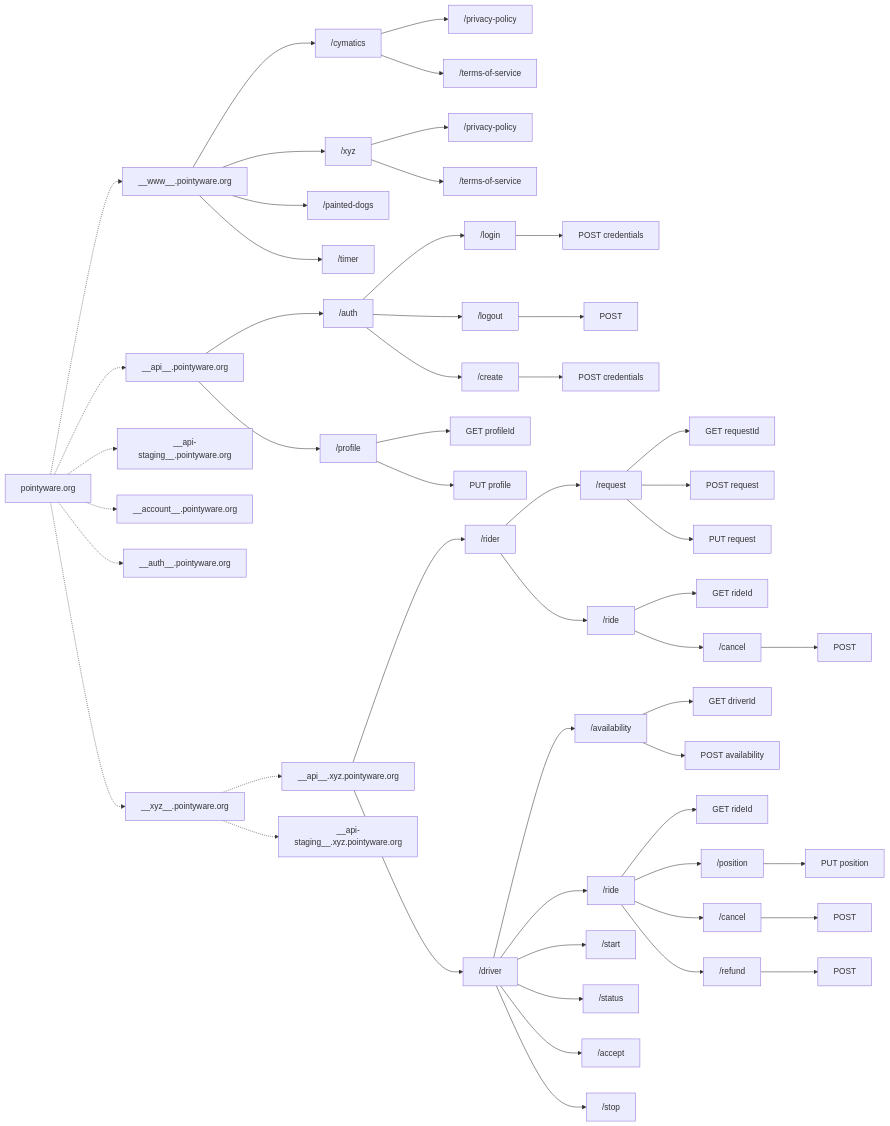
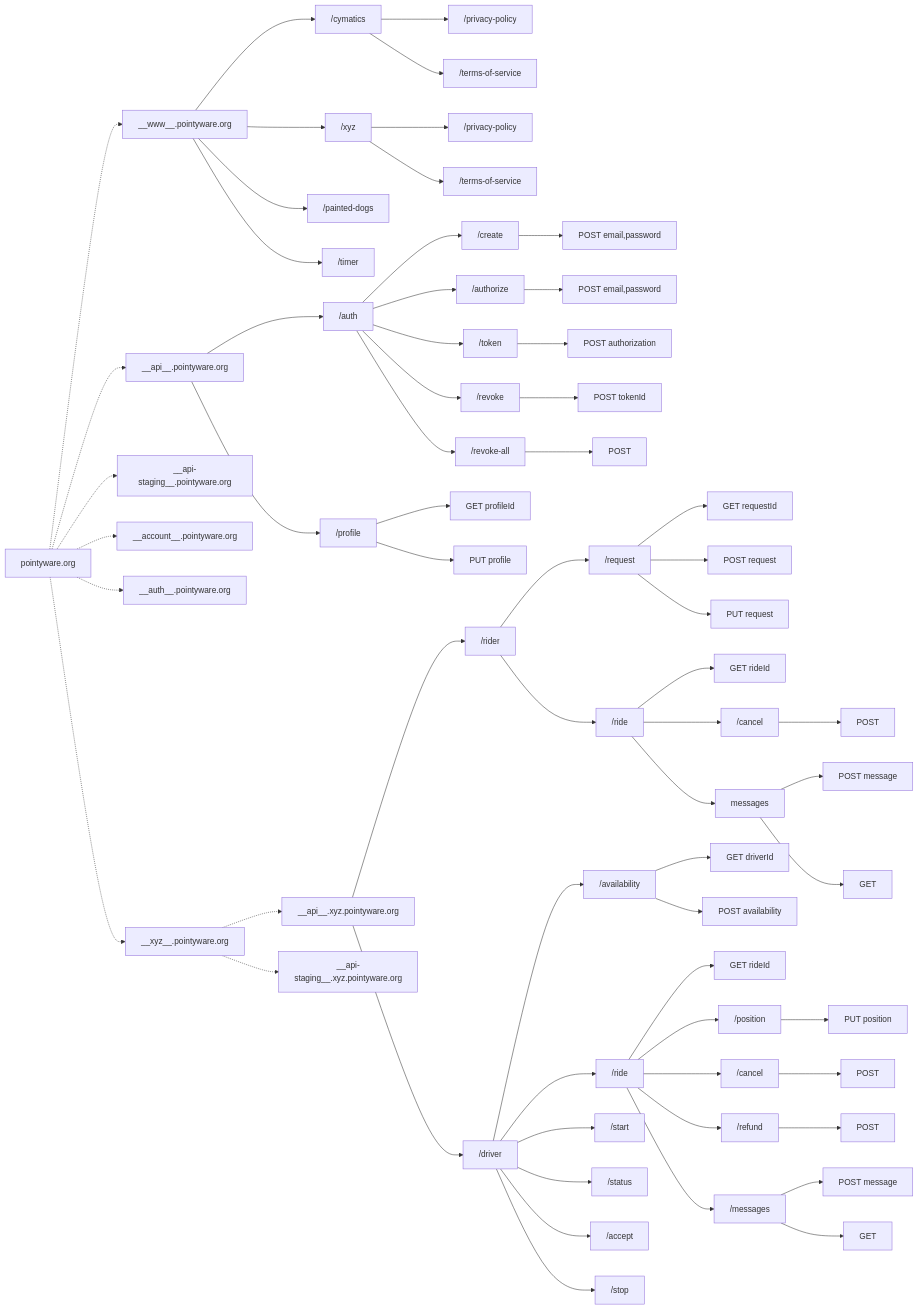
Before and after one commit to Pointyware/XYZ: the diagram in api/sitemap.md, drawn with Mermaid.

Commit message:
Replace authorization endpoints

````diff
--- a/api/sitemap.md
+++ b/api/sitemap.md
@@ -4,63 +4,69 @@
 ```mermaid
 
 flowchart LR
     top-level-domain["pointyware.org"]
     top-level-domain -.-> pointyware-site["__www__.pointyware.org"]
     
     pointyware-site --> pointyware-site-cymatics["/cymatics"] 
     pointyware-site-cymatics --> pointyware-site-cymatics-privacy["/privacy-policy"]
     pointyware-site-cymatics --> pointyware-site-cymatics-terms["/terms-of-service"]
     
     pointyware-site --> pointyware-site-xyz["/xyz"]
     pointyware-site-xyz --> pointyware-site-xyz-privacy["/privacy-policy"]
     pointyware-site-xyz --> pointyware-site-xyz-terms["/terms-of-service"]
     
     pointyware-site --> pointyware-site-paintedDogs["/painted-dogs"]
     pointyware-site --> pointyware-site-timer["/timer"]
     
     top-level-domain -.-> pointyware-api["__api__.pointyware.org"]
     top-level-domain -.-> pointyware-api-staging["__api-staging__.pointyware.org"]
     top-level-domain -.-> pointyware-api-alt1["__account__.pointyware.org"]
     top-level-domain -.-> pointyware-api-alt2["__auth__.pointyware.org"]
     
     pointyware-api --> pointyware-api-auth["/auth"]
-    pointyware-api-auth --> pointyware-api-auth-login["/login"]
-    pointyware-api-auth-login --> pointyware-api-auth-login-post["POST credentials"]
-    pointyware-api-auth --> pointyware-api-auth-logout["/logout"]
-    pointyware-api-auth-logout --> pointyware-api-auth-logout-post["POST"]
     pointyware-api-auth --> pointyware-api-auth-create["/create"]
-    pointyware-api-auth-create --> pointyware-api-auth-create-post["POST credentials"]
+    pointyware-api-auth-create --> pointyware-api-auth-create-post["POST email,password"]
+    pointyware-api-auth --> pointyware-api-auth-authorize["/authorize"] --> pointyware-api-auth-authorize-post["POST email,password"]
+    pointyware-api-auth --> pointyware-api-auth-token["/token"] --> pointyware-api-auth-token-post["POST authorization"]
+    pointyware-api-auth --> pointyware-api-auth-revoke["/revoke"] --> pointyware-api-auth-revoke-post["POST tokenId"]
+    pointyware-api-auth --> pointyware-api-auth-revoke-all["/revoke-all"] --> pointyware-api-auth-revoke-all-post["POST"]
     
     pointyware-api --> pointyware-api-profile["/profile"]
     pointyware-api-profile --> pointyware-api-profile-get["GET profileId"]
     pointyware-api-profile --> pointyware-api-profile-put["PUT profile"]
 
     top-level-domain -.-> xyz-site["__xyz__.pointyware.org"]
     xyz-site -.-> xyz-api["__api__.xyz.pointyware.org"]
     xyz-site -.-> xyz-api-staging["__api-staging__.xyz.pointyware.org"]
 
     xyz-api --> xyz-api-rider["/rider"]
     xyz-api-rider --> xyz-api-rider-request["/request"]
     xyz-api-rider-request --> xyz-api-rider-request-get["GET requestId"]
     xyz-api-rider-request --> xyz-api-rider-request-post["POST request"]
     xyz-api-rider-request --> xyz-api-rider-request-put["PUT request"]
     xyz-api-rider --> xyz-api-rider-ride["/ride"]
     xyz-api-rider-ride --> xyz-api-rider-ride-get["GET rideId"]
     xyz-api-rider-ride --> xyz-api-rider-ride-cancel["/cancel"] --> xyz-api-rider-ride-cancle-post["POST"]
+    xyz-api-rider-ride --> xyz-api-rider-ride-messages["messages"]
+    xyz-api-rider-ride-messages --> xyz-api-rider-ride-messages-post["POST message"]
+    xyz-api-rider-ride-messages --> xyz-api-rider-ride-messages-get["GET"]
     
     xyz-api --> xyz-api-driver["/driver"]
     xyz-api-driver --> xyz-api-driver-availability["/availability"]
     xyz-api-driver-availability --> xyz-api-driver-availability-get["GET driverId"]
     xyz-api-driver-availability --> xyz-api-driver-availability-post["POST availability"]
     xyz-api-driver --> xyz-api-driver-ride["/ride"]
     xyz-api-driver-ride --> xyz-api-driver-ride-get["GET rideId"]
     xyz-api-driver-ride --> xyz-api-driver-ride-position["/position"]
     xyz-api-driver-ride-position --> xyz-api-driver-ride-position-put["PUT position"]
     xyz-api-driver-ride --> xyz-api-driver-ride-cancel["/cancel"] --> xyz-api-driver-ride-cancel-post["POST"]
     xyz-api-driver-ride --> xyz-api-driver-ride-refund["/refund"]
     xyz-api-driver-ride-refund --> xyz-api-driver-ride-refund-post["POST"]
     xyz-api-driver --> xyz-api-driver-start["/start"]
     xyz-api-driver --> xyz-api-driver-status["/status"]
     xyz-api-driver --> xyz-api-driver-accept["/accept"]
     xyz-api-driver --> xyz-api-driver-stop["/stop"]
+    xyz-api-driver-ride --> xyz-api-driver-ride-messages["/messages"]
+    xyz-api-driver-ride-messages --> xyz-api-driver-ride-messages-post["POST message"]
+    xyz-api-driver-ride-messages --> xyz-api-driver-ride-messages-get["GET"]
 ```
````
